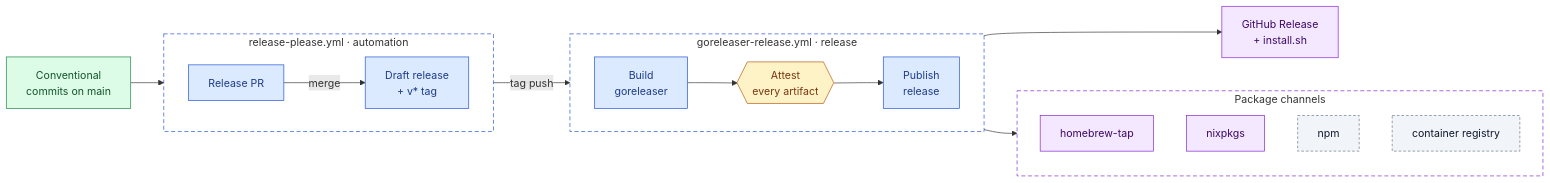
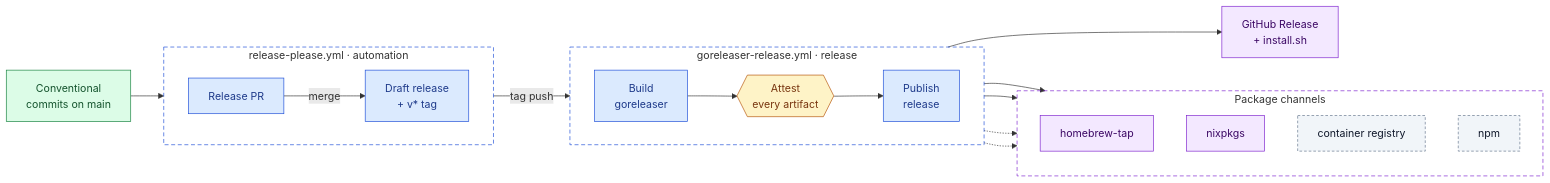
One commit to chinmina/.github changed the first of 5 diagrams in docs/guides/release-pipeline-overview.md. Above: the diagram before and after it, drawn with Mermaid. The commit also changed other lines of this file, not shown here.

Commit message:
docs: link each publishing stage to its channel in the overview diagram
The build linked to the whole package-channels box, which hid which stage
publishes where. goreleaser commits the cask and recipe and pushes the image
during the build; npm packages are published after attestation.

````diff
--- a/docs/guides/release-pipeline-overview.md
+++ b/docs/guides/release-pipeline-overview.md
@@ -19,42 +19,45 @@
 ```mermaid
 flowchart LR
     classDef consumer fill:#dcfce7,stroke:#15803d,color:#14532d
     classDef kit fill:#dbeafe,stroke:#1d4ed8,color:#1e3a8a
     classDef gate fill:#fef3c7,stroke:#b45309,color:#78350f
     classDef external fill:#f3e8ff,stroke:#7e22ce,color:#3b0764
     classDef optional fill:#f1f5f9,stroke:#64748b,color:#0f172a,stroke-dasharray:4 3
 
     commits["Conventional<br/>commits on main"]:::consumer
 
     subgraph rp ["release-please.yml · automation"]
         direction LR
         pr["Release PR"]:::kit
         draft["Draft release<br/>+ v* tag"]:::kit
         pr -- "merge" --> draft
     end
 
     subgraph gr ["goreleaser-release.yml · release"]
         direction LR
         build["Build<br/>goreleaser"]:::kit
         attest{{"Attest<br/>every artifact"}}:::gate
         publish["Publish<br/>release"]:::kit
         build --> attest --> publish
     end
 
     subgraph ch ["Package channels"]
         direction TB
         brew["homebrew-tap"]:::external
         nix["nixpkgs"]:::external
+        docker["container registry"]:::optional
         npm["npm"]:::optional
-        docker["container registry"]:::optional
     end
 
     commits --> pr
     draft -- "tag push" --> build
     publish --> gh["GitHub Release<br/>+ install.sh"]:::external
-    build --> ch
+    build --> brew
+    build --> nix
+    build -.-> docker
+    attest -.-> npm
 
     style rp fill:none,stroke:#1d4ed8,stroke-dasharray:6 4
     style gr fill:none,stroke:#1d4ed8,stroke-dasharray:6 4
     style ch fill:none,stroke:#7e22ce,stroke-dasharray:6 4
 ```
````
